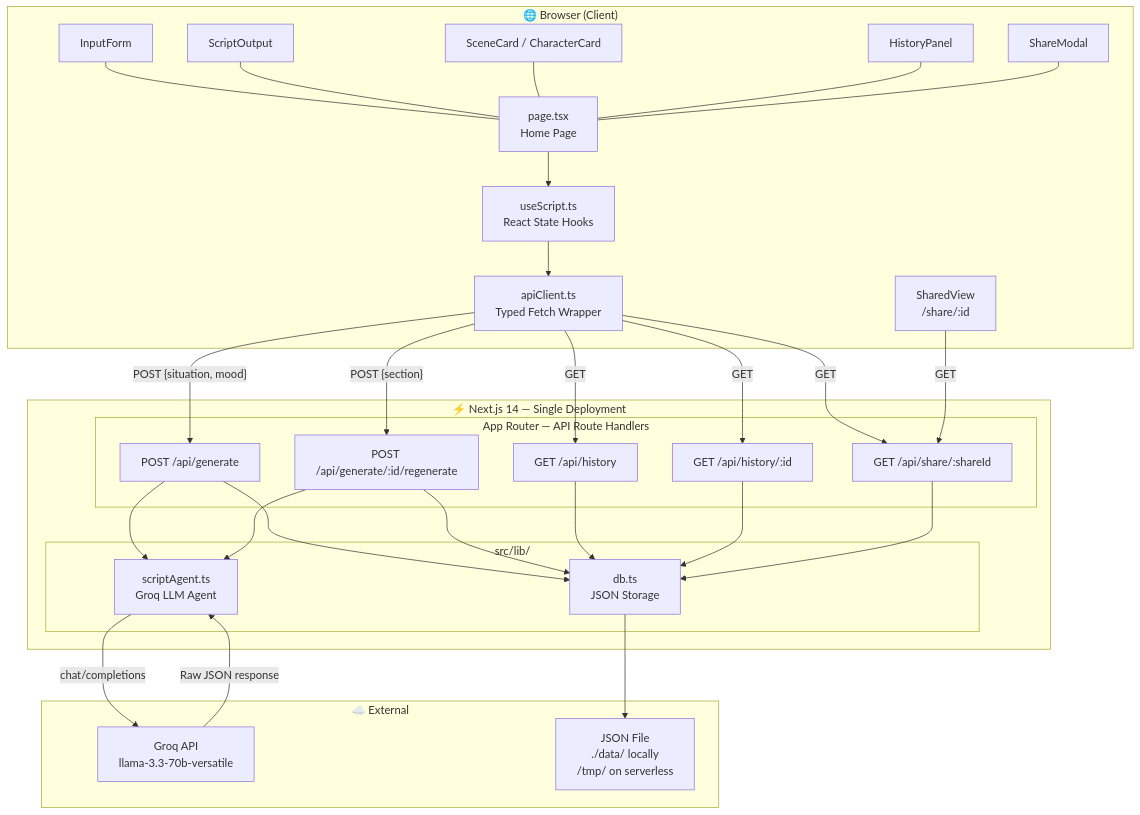
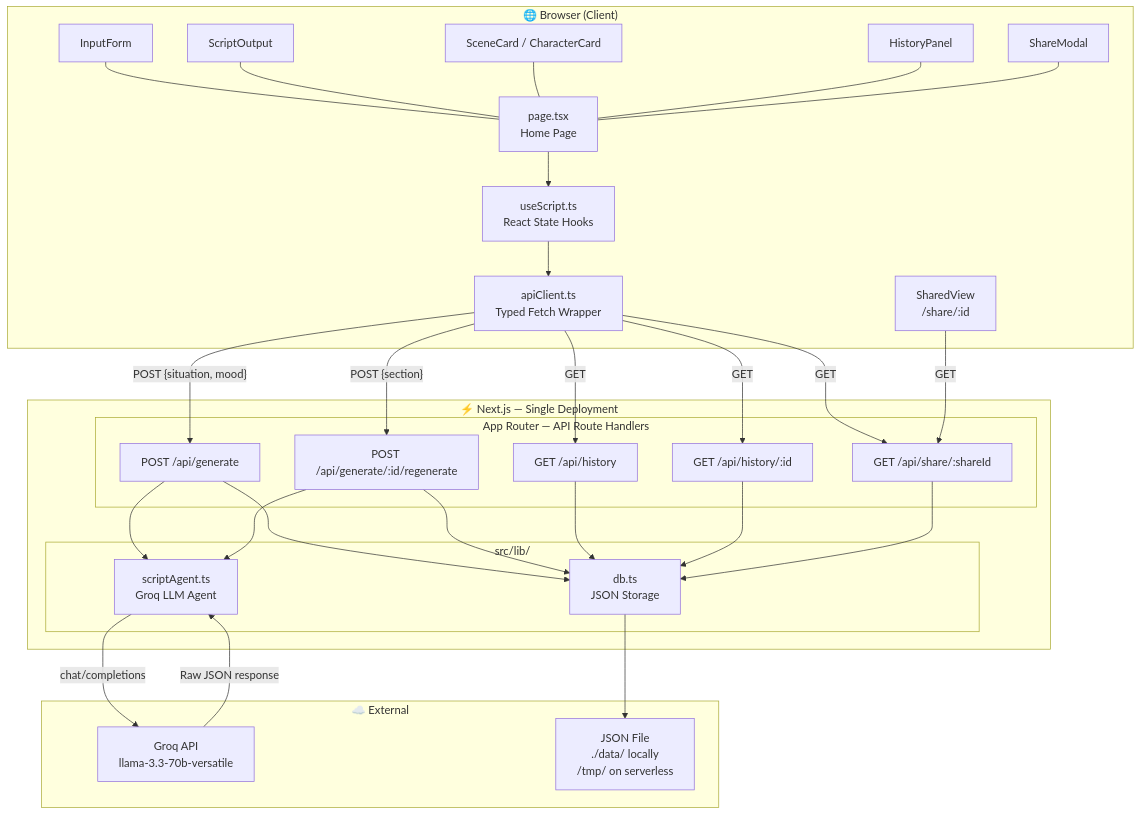
Before and after one commit to prakharsingh-74/deepshort-Assg: the first of 3 diagrams in README.md, drawn with Mermaid.

````diff
--- a/README.md
+++ b/README.md
@@ -125,54 +125,54 @@
 ```mermaid
 graph TD
     subgraph Browser["🌐 Browser (Client)"]
         UI["page.tsx\nHome Page"]
         Hook["useScript.ts\nReact State Hooks"]
         AC["apiClient.ts\nTyped Fetch Wrapper"]
         C1["InputForm"]
         C2["ScriptOutput"]
         C3["SceneCard / CharacterCard"]
         C4["HistoryPanel"]
         C5["ShareModal"]
         SV["SharedView\n/share/:id"]
     end
 
-    subgraph NextJS["⚡ Next.js 14 — Single Deployment"]
+    subgraph NextJS["⚡ Next.js — Single Deployment"]
         subgraph API["App Router — API Route Handlers"]
             R1["POST /api/generate"]
             R2["POST /api/generate/:id/regenerate"]
             R3["GET  /api/history"]
             R4["GET  /api/history/:id"]
             R5["GET  /api/share/:shareId"]
         end
 
         subgraph Lib["src/lib/"]
             Agent["scriptAgent.ts\nGroq LLM Agent"]
             DB["db.ts\nJSON Storage"]
         end
     end
 
     subgraph External["☁️ External"]
         Groq["Groq API\nllama-3.3-70b-versatile"]
         FS["JSON File\n./data/ locally\n/tmp/ on serverless"]
     end
 
     UI --> Hook --> AC
     AC -->|"POST {situation, mood}"| R1
     AC -->|"POST {section}"| R2
     AC -->|GET| R3
     AC -->|GET| R4
     AC -->|GET| R5
 
     R1 --> Agent -->|chat/completions| Groq
     R2 --> Agent
     Groq -->|"Raw JSON response"| Agent
 
     R1 --> DB --> FS
     R2 --> DB
     R3 --> DB
     R4 --> DB
     R5 --> DB
 
     C1 & C2 & C3 & C4 & C5 --- UI
     SV -->|GET| R5
 ```
````
